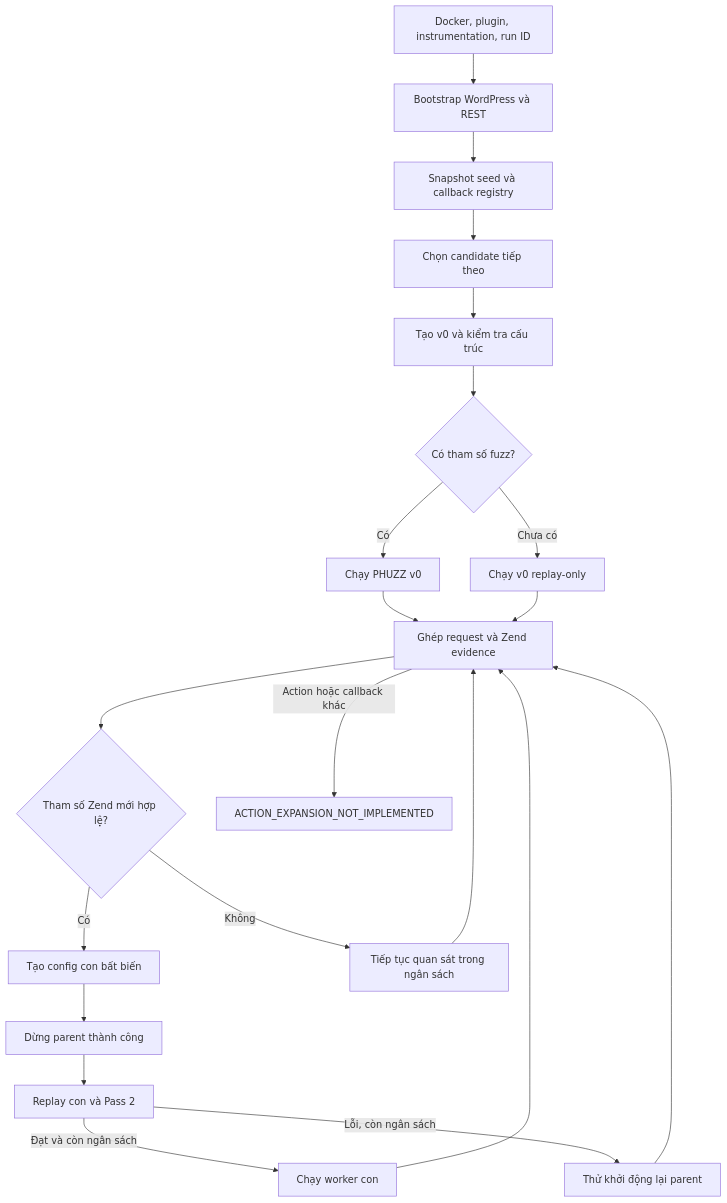
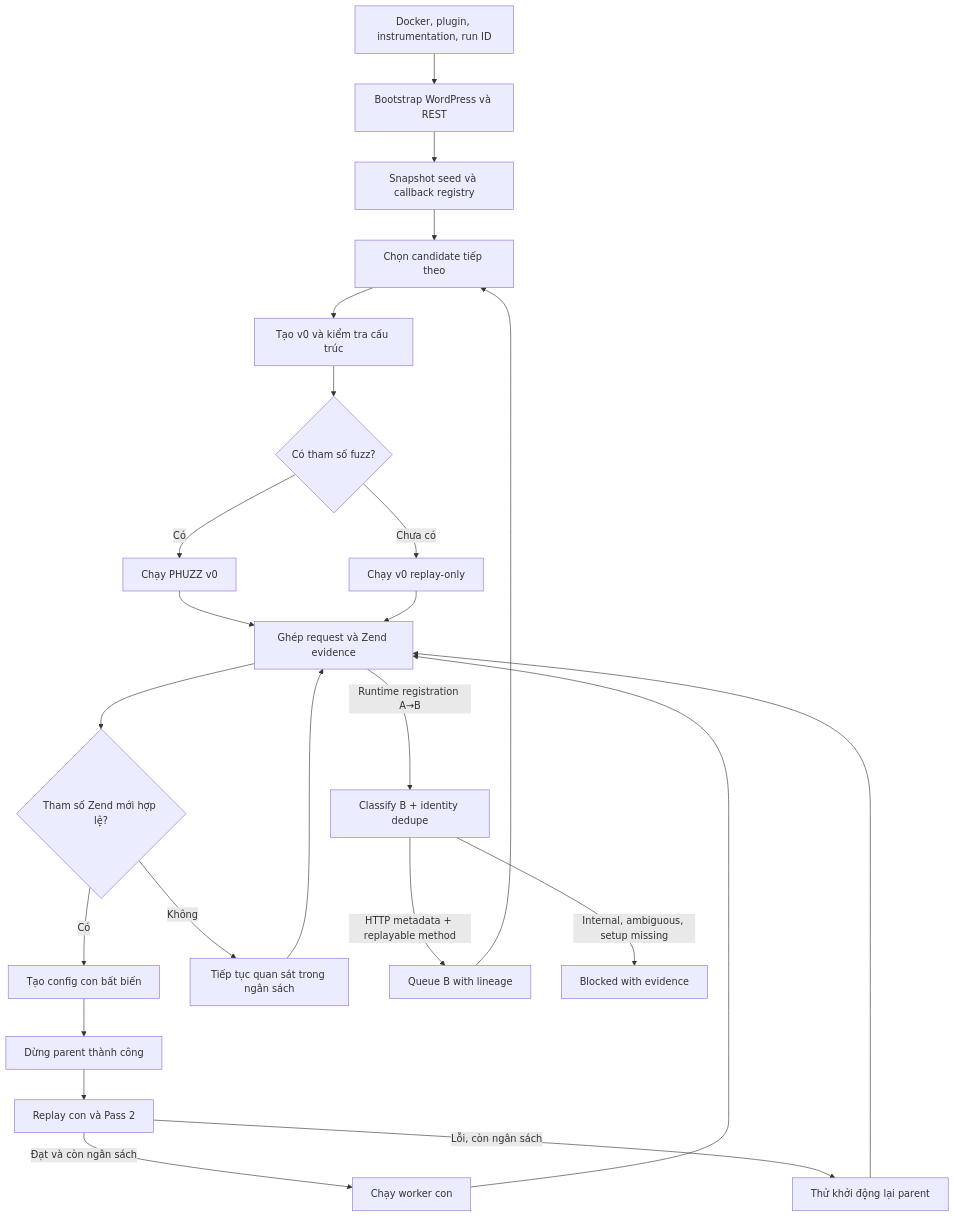
The diagram in phuzz-main/code/docs/guides/online-linked-flow.md (Harupip/Phuzz-hook), drawn with Mermaid before and after one commit. The commit also changed other lines of this file and 9 other files, not shown here.

````diff
--- a/phuzz-main/code/docs/guides/online-linked-flow.md
+++ b/phuzz-main/code/docs/guides/online-linked-flow.md
@@ -19,23 +19,26 @@
 ```mermaid
 flowchart TD
     A[Docker, plugin, instrumentation, run ID] --> B[Bootstrap WordPress và REST]
     B --> C[Snapshot seed và callback registry]
     C --> D[Chọn candidate tiếp theo]
     D --> E[Tạo v0 và kiểm tra cấu trúc]
     E --> F{Có tham số fuzz?}
     F -->|Có| G[Chạy PHUZZ v0]
     F -->|Chưa có| H[Chạy v0 replay-only]
     G --> I[Ghép request và Zend evidence]
     H --> I
     I --> J{Tham số Zend mới hợp lệ?}
     J -->|Có| K[Tạo config con bất biến]
     K --> L[Dừng parent thành công]
     L --> M[Replay con và Pass 2]
     M -->|Đạt và còn ngân sách| G2[Chạy worker con]
     G2 --> I
     M -->|Lỗi, còn ngân sách| R[Thử khởi động lại parent]
     R --> I
     J -->|Không| N[Tiếp tục quan sát trong ngân sách]
     N --> I
-    I -->|Action hoặc callback khác| X[ACTION_EXPANSION_NOT_IMPLEMENTED]
+    I -->|Runtime registration A→B| X[Classify B + identity dedupe]
+    X -->|HTTP metadata + replayable method| Y[Queue B with lineage]
+    X -->|Internal, ambiguous, setup missing| Z[Blocked with evidence]
+    Y --> D
 ```
````
